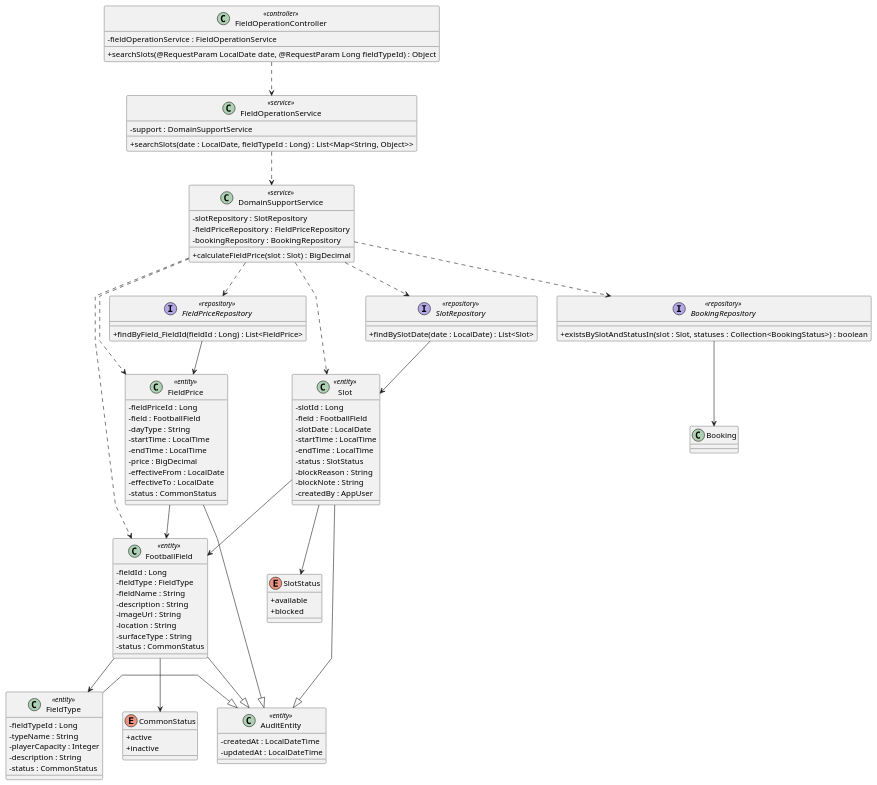
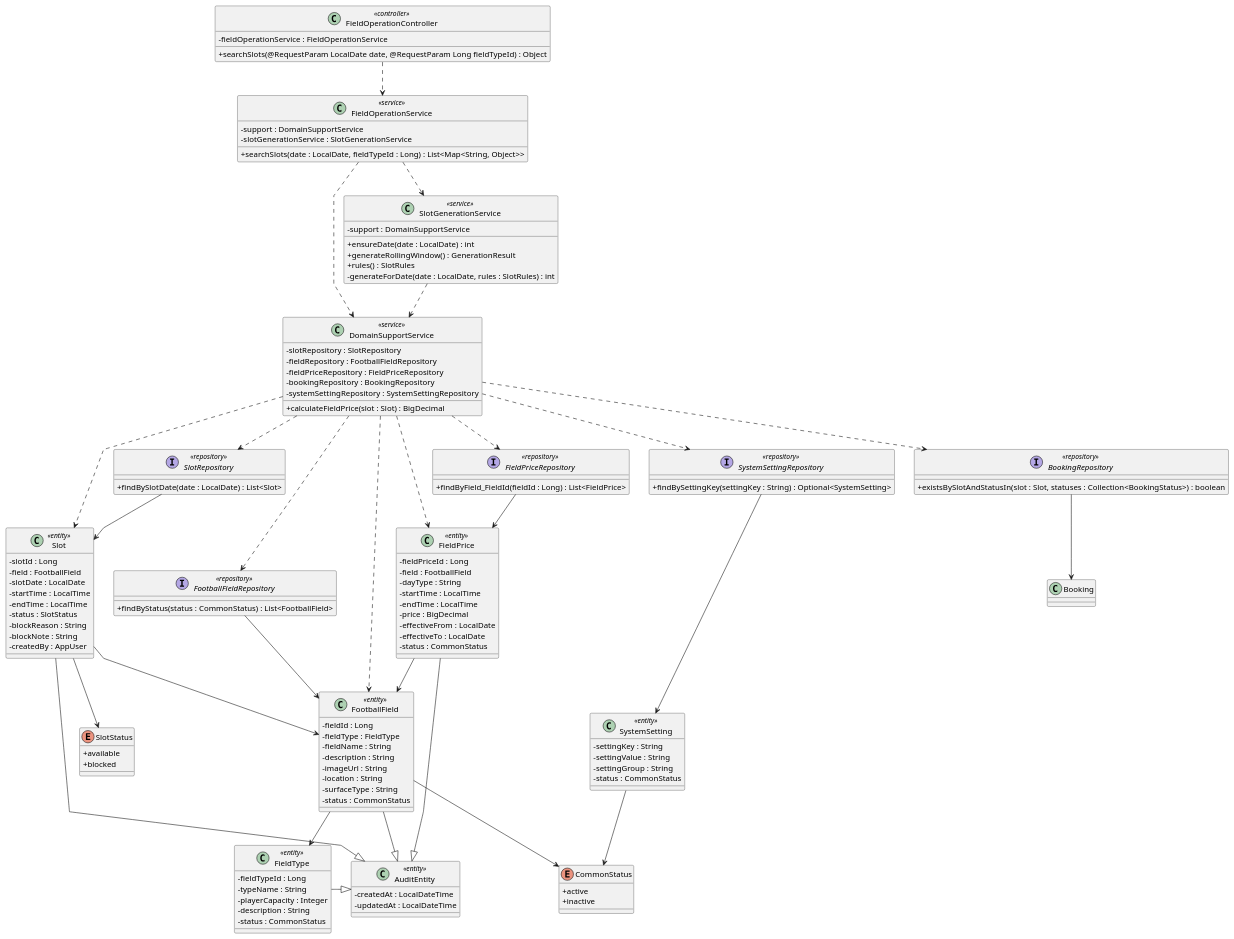
Before and after one commit to maxwell1904/SWP391_G3: the diagram in docs/Class Diagram/search-available-fields.puml, drawn with PlantUML. The commit also changed 99 other files, not shown here.

```diff
--- a/docs/Class Diagram/search-available-fields.puml
+++ b/docs/Class Diagram/search-available-fields.puml
@@ -1,118 +1,152 @@
 @startuml
 
 skinparam classAttributeIconSize 0
 skinparam linetype polyline
 
 class FieldOperationController <<controller>> {
     -fieldOperationService : FieldOperationService
 
     +searchSlots(@RequestParam LocalDate date, @RequestParam Long fieldTypeId) : Object
 }
 
 class FieldOperationService <<service>> {
     -support : DomainSupportService
+    -slotGenerationService : SlotGenerationService
 
     +searchSlots(date : LocalDate, fieldTypeId : Long) : List<Map<String, Object>>
 }
 
+class SlotGenerationService <<service>> {
+    -support : DomainSupportService
+
+    +ensureDate(date : LocalDate) : int
+    +generateRollingWindow() : GenerationResult
+    +rules() : SlotRules
+    -generateForDate(date : LocalDate, rules : SlotRules) : int
+}
+
 class DomainSupportService <<service>> {
     -slotRepository : SlotRepository
+    -fieldRepository : FootballFieldRepository
     -fieldPriceRepository : FieldPriceRepository
     -bookingRepository : BookingRepository
+    -systemSettingRepository : SystemSettingRepository
 
     +calculateFieldPrice(slot : Slot) : BigDecimal
 }
 
 interface SlotRepository <<repository>> {
     +findBySlotDate(date : LocalDate) : List<Slot>
 }
 
+interface FootballFieldRepository <<repository>> {
+    +findByStatus(status : CommonStatus) : List<FootballField>
+}
+
 interface FieldPriceRepository <<repository>> {
     +findByField_FieldId(fieldId : Long) : List<FieldPrice>
 }
 
 interface BookingRepository <<repository>> {
     +existsBySlotAndStatusIn(slot : Slot, statuses : Collection<BookingStatus>) : boolean
+}
+
+interface SystemSettingRepository <<repository>> {
+    +findBySettingKey(settingKey : String) : Optional<SystemSetting>
+}
+
+class SystemSetting <<entity>> {
+    -settingKey : String
+    -settingValue : String
+    -settingGroup : String
+    -status : CommonStatus
 }
 
 class AuditEntity <<entity>> {
     -createdAt : LocalDateTime
     -updatedAt : LocalDateTime
 }
 
 class Slot <<entity>> {
     -slotId : Long
     -field : FootballField
     -slotDate : LocalDate
     -startTime : LocalTime
     -endTime : LocalTime
     -status : SlotStatus
     -blockReason : String
     -blockNote : String
     -createdBy : AppUser
 }
 
 class FootballField <<entity>> {
     -fieldId : Long
     -fieldType : FieldType
     -fieldName : String
     -description : String
     -imageUrl : String
     -location : String
     -surfaceType : String
     -status : CommonStatus
 }
 
 class FieldType <<entity>> {
     -fieldTypeId : Long
     -typeName : String
     -playerCapacity : Integer
     -description : String
     -status : CommonStatus
 }
 
 class FieldPrice <<entity>> {
     -fieldPriceId : Long
     -field : FootballField
     -dayType : String
     -startTime : LocalTime
     -endTime : LocalTime
     -price : BigDecimal
     -effectiveFrom : LocalDate
     -effectiveTo : LocalDate
     -status : CommonStatus
 }
 
 enum CommonStatus {
     + active
     + inactive
 }
 
 enum SlotStatus {
     + available
     + blocked
 }
 
 ' Relationships
 FieldOperationController ..> FieldOperationService
+FieldOperationService ..> SlotGenerationService
 FieldOperationService ..> DomainSupportService
+SlotGenerationService ..> DomainSupportService
 DomainSupportService ..> SlotRepository
+DomainSupportService ..> FootballFieldRepository
 DomainSupportService ..> BookingRepository
 DomainSupportService ..> FieldPriceRepository
+DomainSupportService ..> SystemSettingRepository
 DomainSupportService ..> Slot
 DomainSupportService ..> FootballField
 DomainSupportService ..> FieldPrice
 SlotRepository --> Slot
+FootballFieldRepository --> FootballField
 BookingRepository --> Booking
 FieldPriceRepository --> FieldPrice
+SystemSettingRepository --> SystemSetting
+SystemSetting --> CommonStatus
 Slot --> FootballField
 FootballField --> FieldType
 FieldPrice --> FootballField
 FootballField --> CommonStatus
 Slot --> SlotStatus
 Slot -|> AuditEntity
 FootballField -|> AuditEntity
 FieldType -|> AuditEntity
 FieldPrice -|> AuditEntity
 
 @enduml
```
